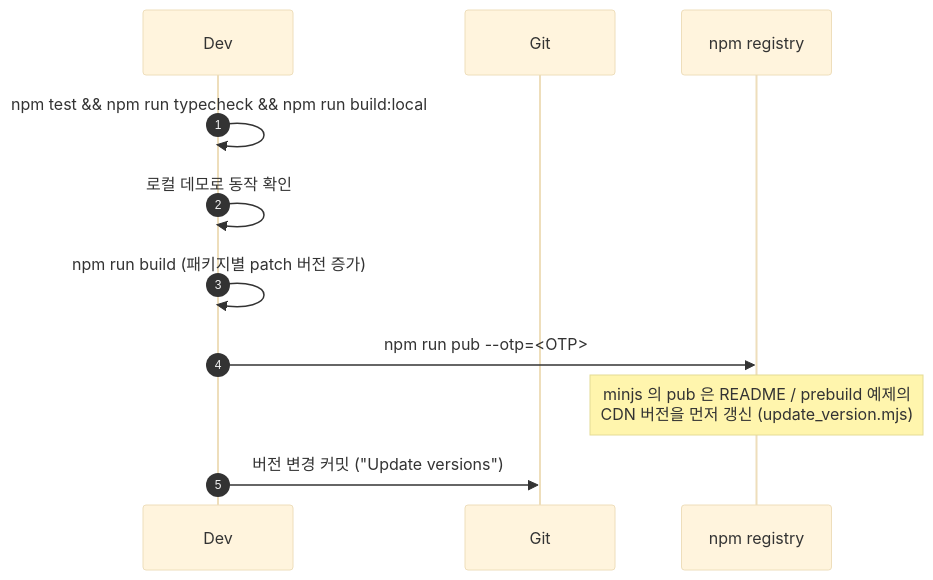
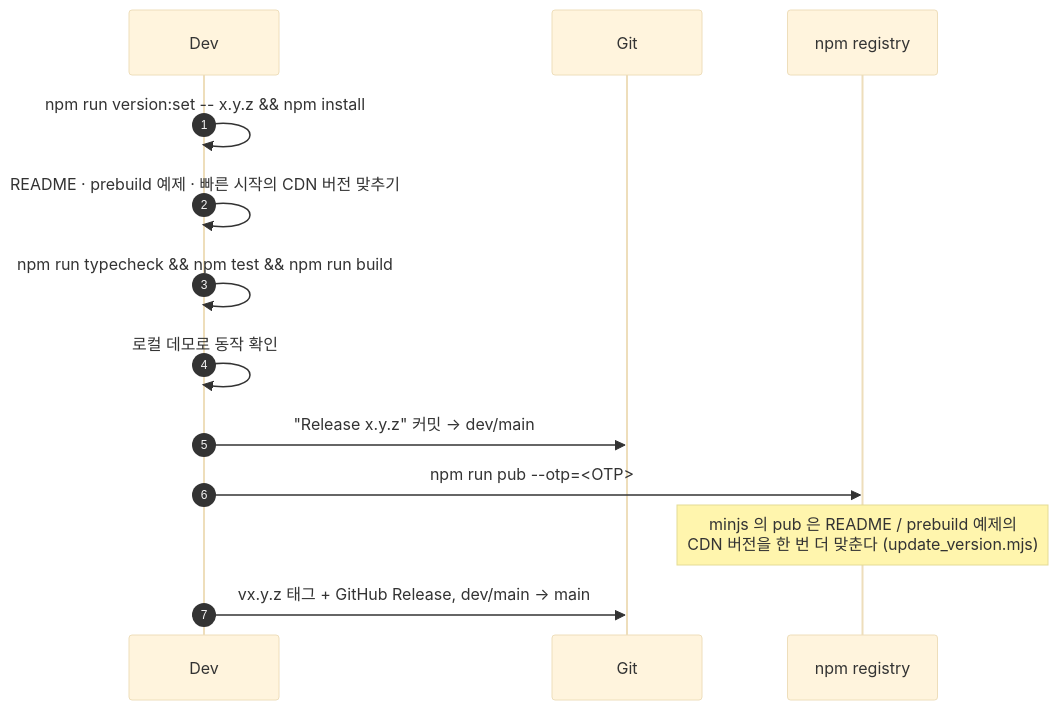
One commit to i486magzog/magFlip changed the third of 3 diagrams in guide/dev/development/build-and-release.md. Above: the diagram before and after it, drawn with Mermaid (base theme). The commit also changed other lines of this file and 22 other files, not shown here.

````diff
--- a/guide/dev/development/build-and-release.md
+++ b/guide/dev/development/build-and-release.md
@@ -54,13 +56,15 @@
 ```mermaid
 sequenceDiagram
   autonumber
   participant Dev
   participant Repo as Git
   participant NPM as npm registry
-  Dev->>Dev: npm test && npm run typecheck && npm run build:local
+  Dev->>Dev: npm run version:set -- x.y.z && npm install
+  Dev->>Dev: README · prebuild 예제 · 빠른 시작의 CDN 버전 맞추기
+  Dev->>Dev: npm run typecheck && npm test && npm run build
   Dev->>Dev: 로컬 데모로 동작 확인
-  Dev->>Dev: npm run build (패키지별 patch 버전 증가)
+  Dev->>Repo: "Release x.y.z" 커밋 → dev/main
   Dev->>NPM: npm run pub --otp=<OTP>
-  Note over NPM: minjs 의 pub 은 README / prebuild 예제의<br/>CDN 버전을 먼저 갱신 (update_version.mjs)
-  Dev->>Repo: 버전 변경 커밋 ("Update versions")
+  Note over NPM: minjs 의 pub 은 README / prebuild 예제의<br/>CDN 버전을 한 번 더 맞춘다 (update_version.mjs)
+  Dev->>Repo: vx.y.z 태그 + GitHub Release, dev/main → main
 ```
````
